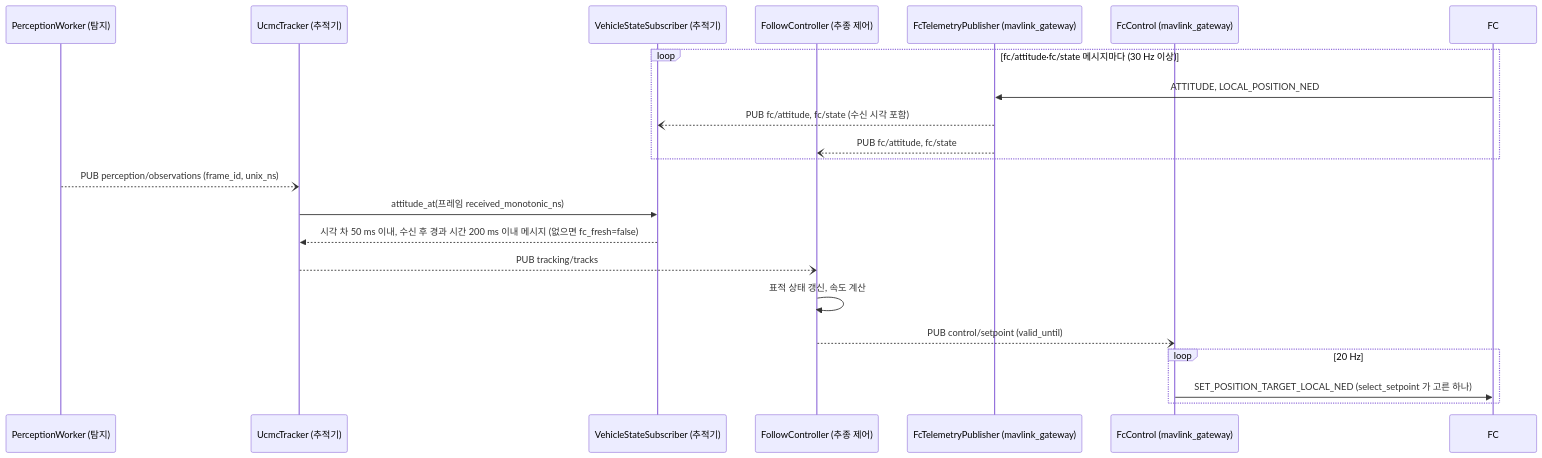
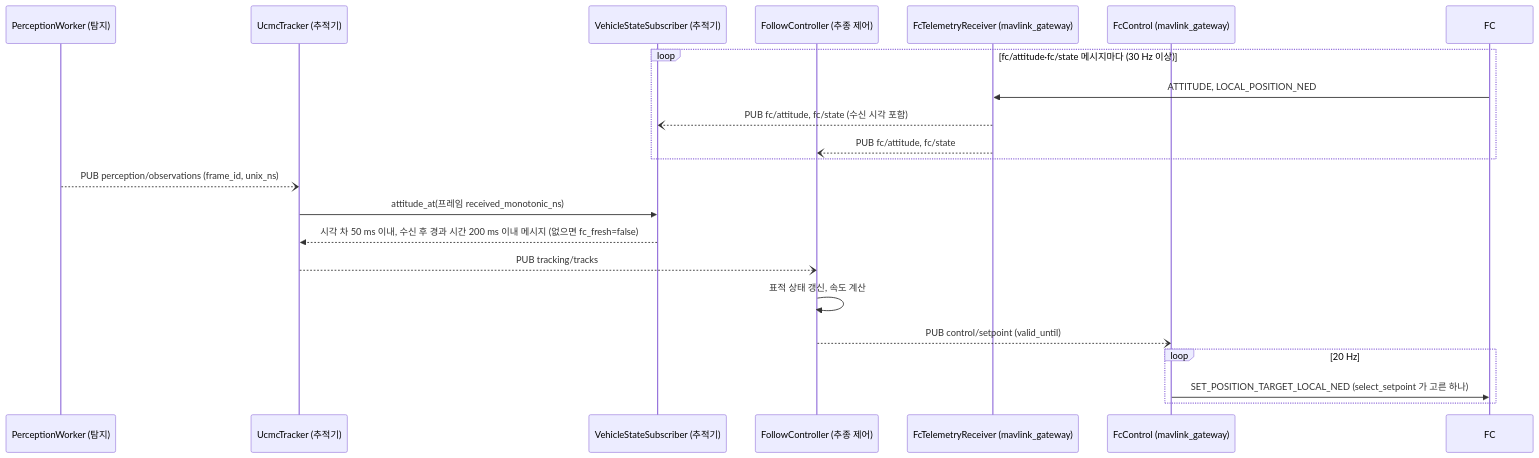
The second of 4 diagrams in docs/design/uml/sequence.md (lig-argus/argus-edge-vision), drawn with Mermaid before and after one commit. The commit also changed other lines of this file and 18 other files, not shown here.

First line of the commit message:
feat(onboard): mavlink_gateway 실행 파일 추가 (FC 쪽 조립, FcGateway) (#96)

````diff
--- a/docs/design/uml/sequence.md
+++ b/docs/design/uml/sequence.md
@@ -58,25 +58,25 @@
 ```mermaid
 sequenceDiagram
     participant vis as PerceptionWorker (탐지)
     participant trk as UcmcTracker (추적기)
     participant vss as VehicleStateSubscriber (추적기)
     participant ctl as FollowController (추종 제어)
-    participant fct as FcTelemetryPublisher (mavlink_gateway)
+    participant fct as FcTelemetryReceiver (mavlink_gateway)
     participant spr as FcControl (mavlink_gateway)
     participant fc as FC
 
     loop fc/attitude·fc/state 메시지마다 (30 Hz 이상)
         fc->>fct: ATTITUDE, LOCAL_POSITION_NED
         fct--)vss: PUB fc/attitude, fc/state (수신 시각 포함)
         fct--)ctl: PUB fc/attitude, fc/state
     end
     vis--)trk: PUB perception/observations (frame_id, unix_ns)
     trk->>vss: attitude_at(프레임 received_monotonic_ns)
     vss-->>trk: 시각 차 50 ms 이내, 수신 후 경과 시간 200 ms 이내 메시지 (없으면 fc_fresh=false)
     trk--)ctl: PUB tracking/tracks
     ctl->>ctl: 표적 상태 갱신, 속도 계산
     ctl--)spr: PUB control/setpoint (valid_until)
     loop 20 Hz
         spr->>fc: SET_POSITION_TARGET_LOCAL_NED (select_setpoint 가 고른 하나)
     end
 ```
````
